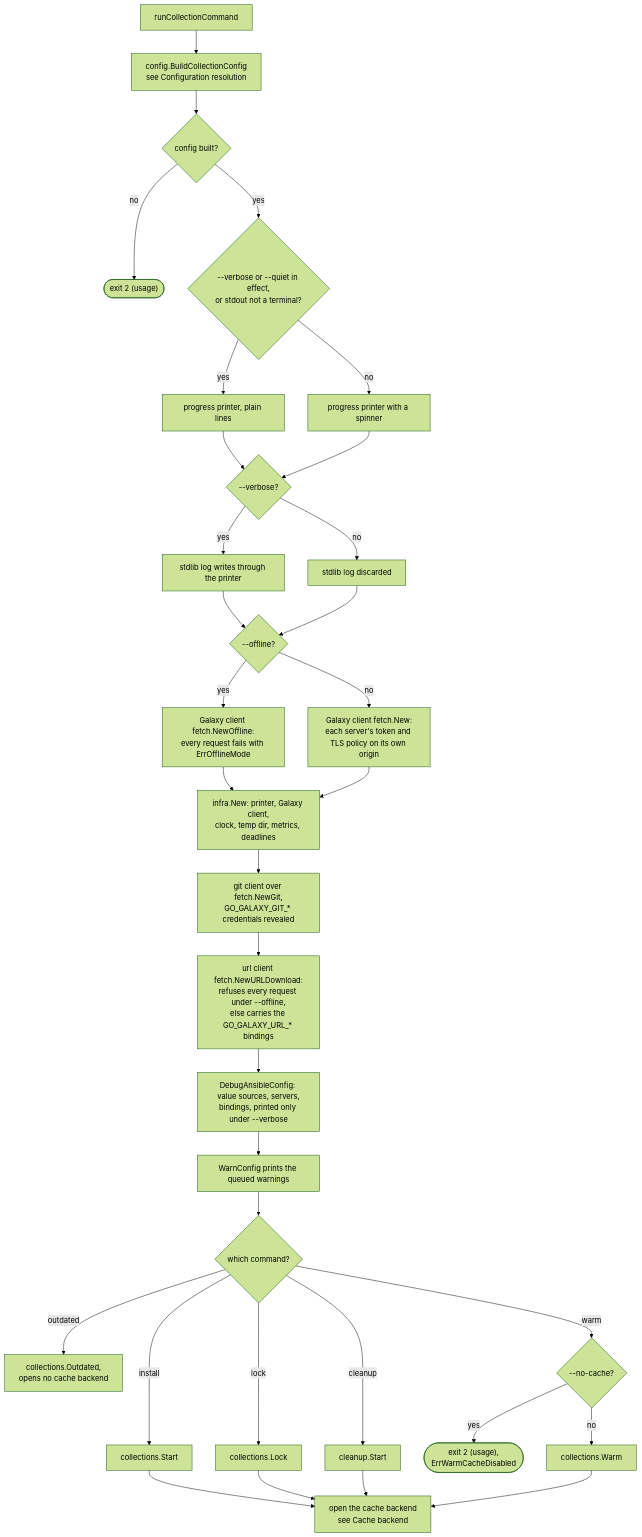
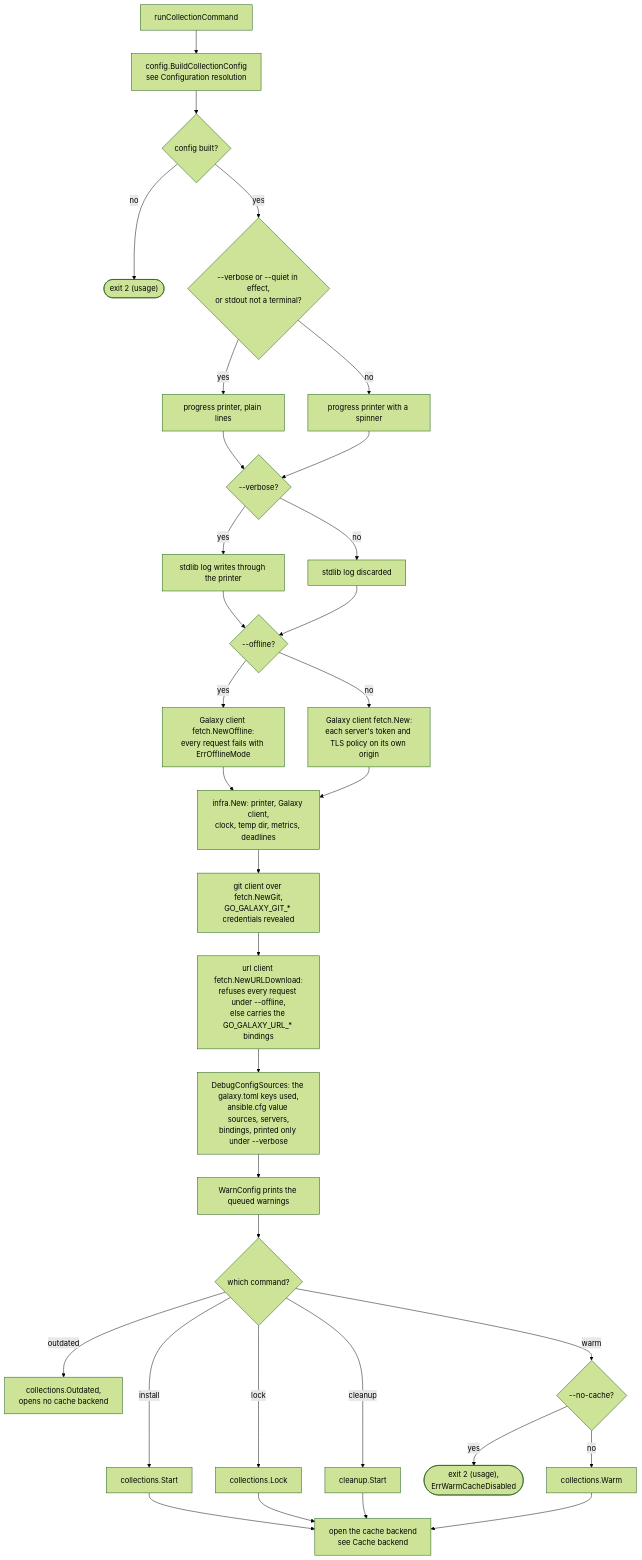
The fourth of 49 diagrams in docs/commands.md (greeddj/go-galaxy), drawn with Mermaid (forest theme) before and after one commit. The commit also changed other lines of this file and 42 other files, not shown here.

````diff
--- a/docs/commands.md
+++ b/docs/commands.md
@@ -172,35 +183,35 @@
 ```mermaid
 flowchart TD
   C1["runCollectionCommand"] --> C2["config.BuildCollectionConfig<br/>see Configuration resolution"]
   C2 --> C3{"config built?"}
   C3 -->|"no"| XC(["exit 2 (usage)"])
   C3 -->|"yes"| C4{"--verbose or --quiet in effect,<br/>or stdout not a terminal?"}
   C4 -->|"yes"| C5["progress printer, plain lines"]
   C4 -->|"no"| C6["progress printer with a spinner"]
   C5 --> C7
   C6 --> C7{"--verbose?"}
   C7 -->|"yes"| C8["stdlib log writes through the printer"]
   C7 -->|"no"| C9["stdlib log discarded"]
   C8 --> C10
   C9 --> C10{"--offline?"}
   C10 -->|"yes"| C11["Galaxy client fetch.NewOffline:<br/>every request fails with ErrOfflineMode"]
   C10 -->|"no"| C12["Galaxy client fetch.New:<br/>each server's token and TLS policy on its own origin"]
   C11 --> C13
   C12 --> C13["infra.New: printer, Galaxy client,<br/>clock, temp dir, metrics, deadlines"]
   C13 --> C14["git client over fetch.NewGit,<br/>GO_GALAXY_GIT_* credentials revealed"]
   C14 --> C15["url client fetch.NewURLDownload:<br/>refuses every request under --offline,<br/>else carries the GO_GALAXY_URL_* bindings"]
-  C15 --> C16["DebugAnsibleConfig: value sources, servers,<br/>bindings, printed only under --verbose"]
+  C15 --> C16["DebugConfigSources: the galaxy.toml keys used,<br/>ansible.cfg value sources, servers,<br/>bindings, printed only under --verbose"]
   C16 --> C17["WarnConfig prints the queued warnings"]
   C17 --> C18{"which command?"}
   C18 -->|"install"| C19["collections.Start"]
   C18 -->|"lock"| C20["collections.Lock"]
   C18 -->|"cleanup"| C21["cleanup.Start"]
   C18 -->|"outdated"| C22["collections.Outdated,<br/>opens no cache backend"]
   C18 -->|"warm"| C23{"--no-cache?"}
   C23 -->|"yes"| XW(["exit 2 (usage),<br/>ErrWarmCacheDisabled"])
   C23 -->|"no"| C24["collections.Warm"]
   C19 --> C25
   C20 --> C25
   C21 --> C25
   C24 --> C25["open the cache backend<br/>see Cache backend"]
 ```
````
